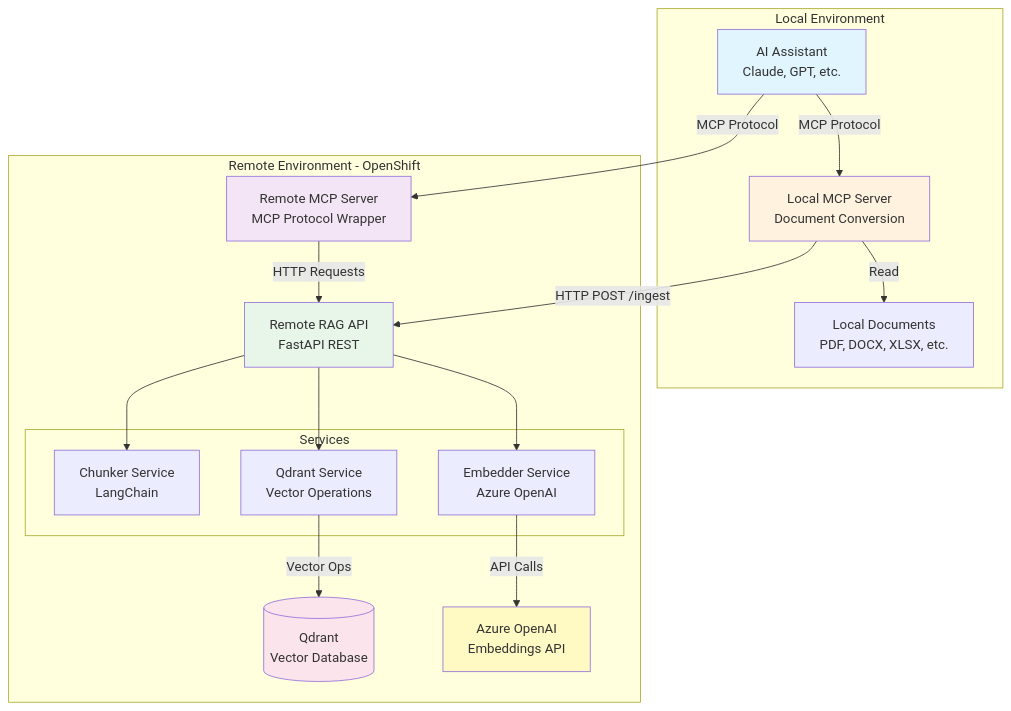
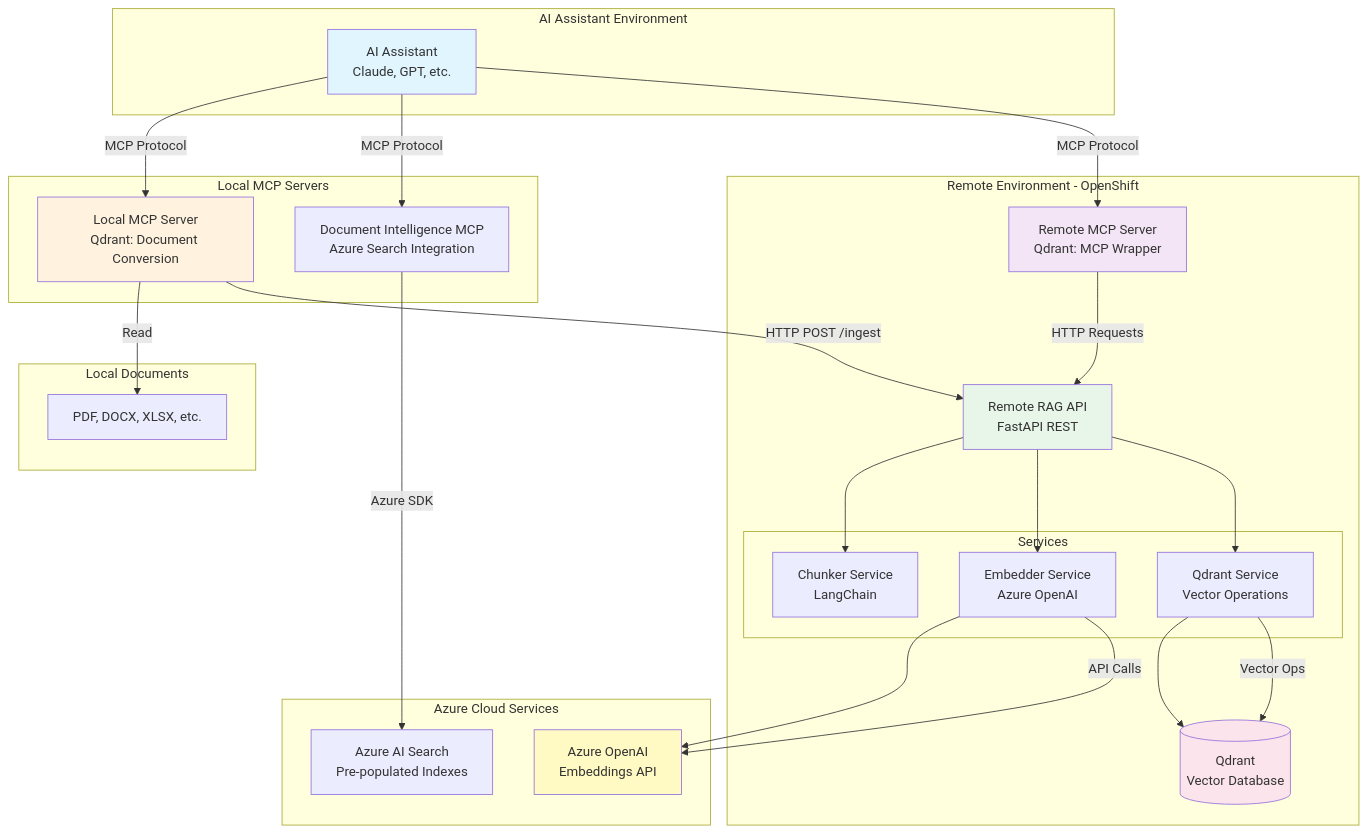
Before and after one commit to osick/knowledge-mcp: the first of 6 diagrams in README.md, drawn with Mermaid. The commit also changed other lines of this file, not shown here.

````diff
--- a/README.md
+++ b/README.md
@@ -17,44 +43,59 @@
 ```mermaid
 graph TB
-    subgraph "Local Environment"
+    subgraph "AI Assistant Environment"
         AI[AI Assistant<br/>Claude, GPT, etc.]
-        LocalMCP[Local MCP Server<br/>Document Conversion]
-        Files[Local Documents<br/>PDF, DOCX, XLSX, etc.]
+    end
+
+    subgraph "Local MCP Servers"
+        LocalMCP[Local MCP Server<br/>Qdrant: Document Conversion]
+        DocIntMCP[Document Intelligence MCP<br/>Azure Search Integration]
+    end
+
+    subgraph "Local Documents"
+        Files[PDF, DOCX, XLSX, etc.]
     end
 
     subgraph "Remote Environment - OpenShift"
-        RemoteMCP[Remote MCP Server<br/>MCP Protocol Wrapper]
+        RemoteMCP[Remote MCP Server<br/>Qdrant: MCP Wrapper]
         API[Remote RAG API<br/>FastAPI REST]
 
         subgraph "Services"
             Chunker[Chunker Service<br/>LangChain]
             Embedder[Embedder Service<br/>Azure OpenAI]
             QdrantSvc[Qdrant Service<br/>Vector Operations]
         end
 
         Qdrant[(Qdrant<br/>Vector Database)]
+    end
+
+    subgraph "Azure Cloud Services"
+        AzureSearch[Azure AI Search<br/>Pre-populated Indexes]
         AzureOpenAI[Azure OpenAI<br/>Embeddings API]
     end
 
     AI -->|MCP Protocol| LocalMCP
+    AI -->|MCP Protocol| DocIntMCP
     AI -->|MCP Protocol| RemoteMCP
 
     LocalMCP -->|Read| Files
     LocalMCP -->|HTTP POST /ingest| API
+    DocIntMCP -->|Azure SDK| AzureSearch
 
     RemoteMCP -->|HTTP Requests| API
 
     API --> Chunker
     API --> Embedder
     API --> QdrantSvc
+    QdrantSvc --> Qdrant
+    Embedder --> AzureOpenAI
 
     Embedder -->|API Calls| AzureOpenAI
     QdrantSvc -->|Vector Ops| Qdrant
 
     style AI fill:#e1f5ff
     style LocalMCP fill:#fff3e0
     style RemoteMCP fill:#f3e5f5
     style API fill:#e8f5e9
     style Qdrant fill:#fce4ec
     style AzureOpenAI fill:#fff9c4
 ```
````
